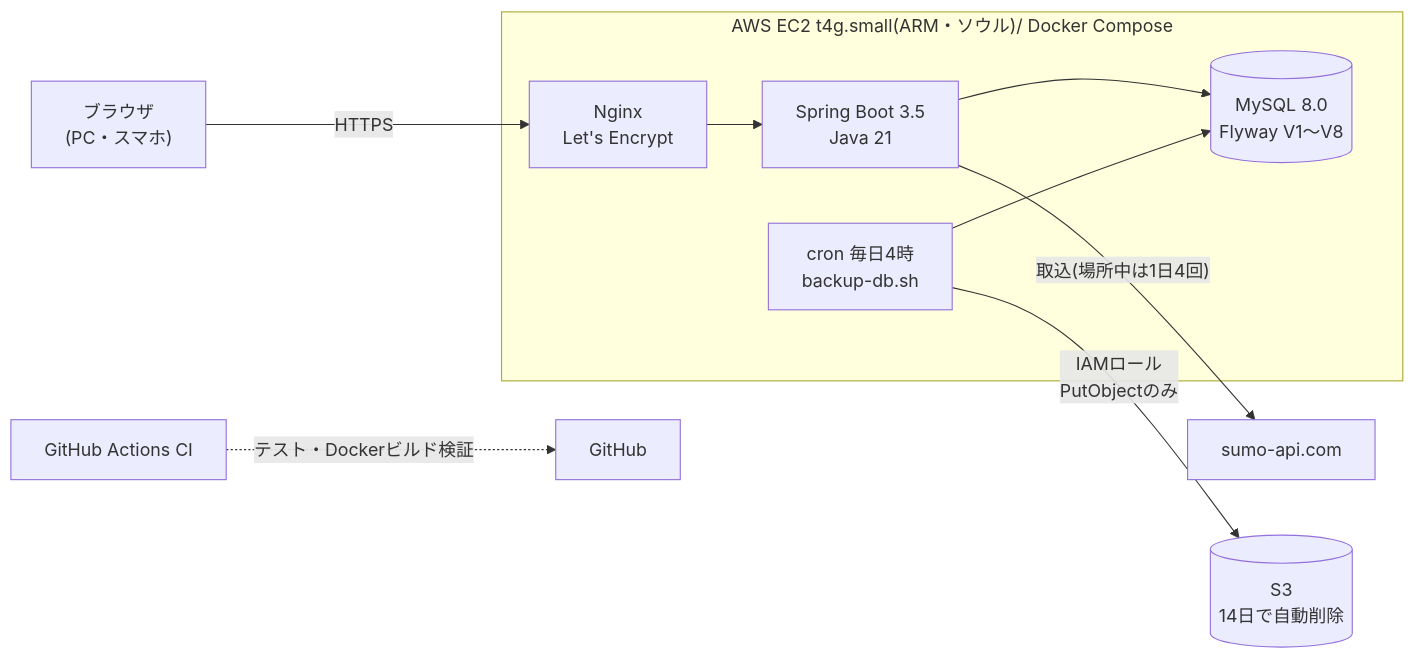
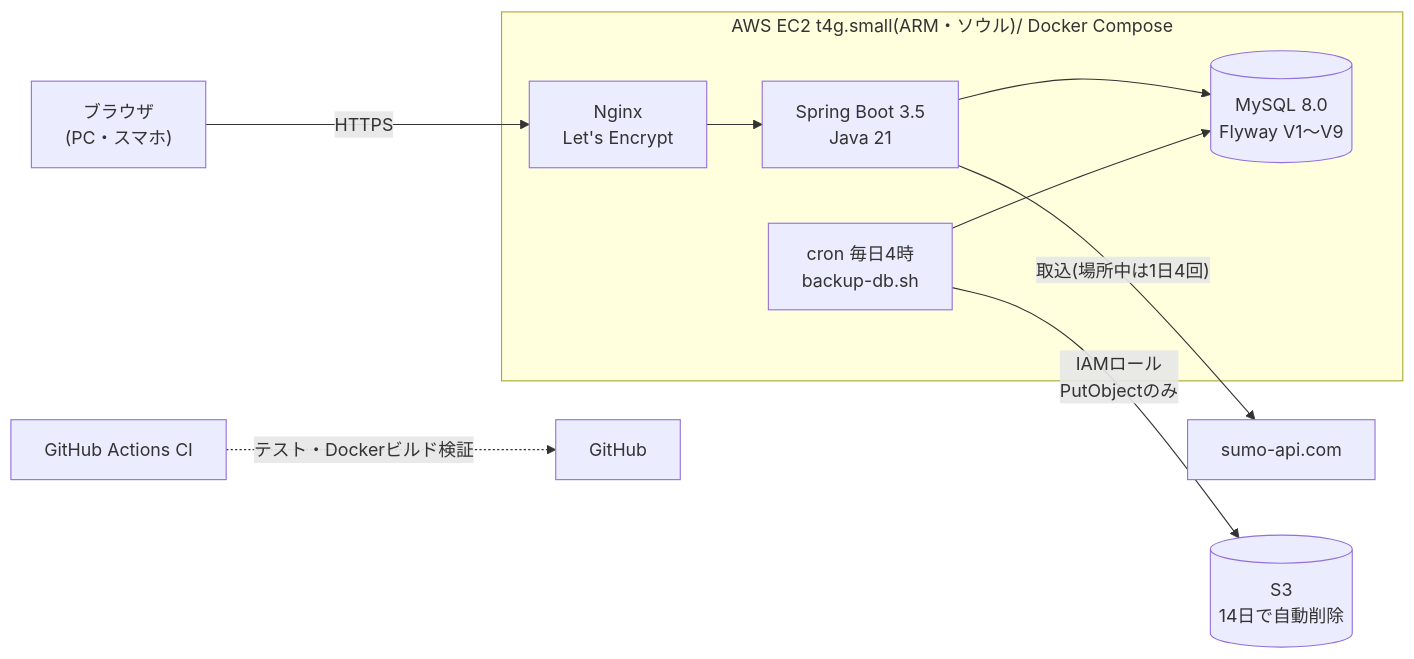
The diagram in README.ja.md (genuinekumquat/sumoarchive), drawn with Mermaid before and after one commit. The commit also changed 1 other file, not shown here.

Commit message:
docs: README 아키텍처 그림 Flyway V1~V9

````diff
--- a/README.ja.md
+++ b/README.ja.md
@@ -74,12 +74,12 @@
 ```mermaid
 flowchart LR
     U["ブラウザ<br/>(PC・スマホ)"] -- "HTTPS" --> N
     subgraph EC2["AWS EC2 t4g.small(ARM・ソウル)/ Docker Compose"]
         N["Nginx<br/>Let's Encrypt"] --> A["Spring Boot 3.5<br/>Java 21"]
-        A --> D[("MySQL 8.0<br/>Flyway V1〜V8")]
+        A --> D[("MySQL 8.0<br/>Flyway V1〜V9")]
         B["cron 毎日4時<br/>backup-db.sh"] --> D
     end
     A -- "取込(場所中は1日4回)" --> S["sumo-api.com"]
     B -- "IAMロール<br/>PutObjectのみ" --> S3[("S3<br/>14日で自動削除")]
     G["GitHub Actions CI"] -. "テスト・Dockerビルド検証" .-> R["GitHub"]
 ```
````
